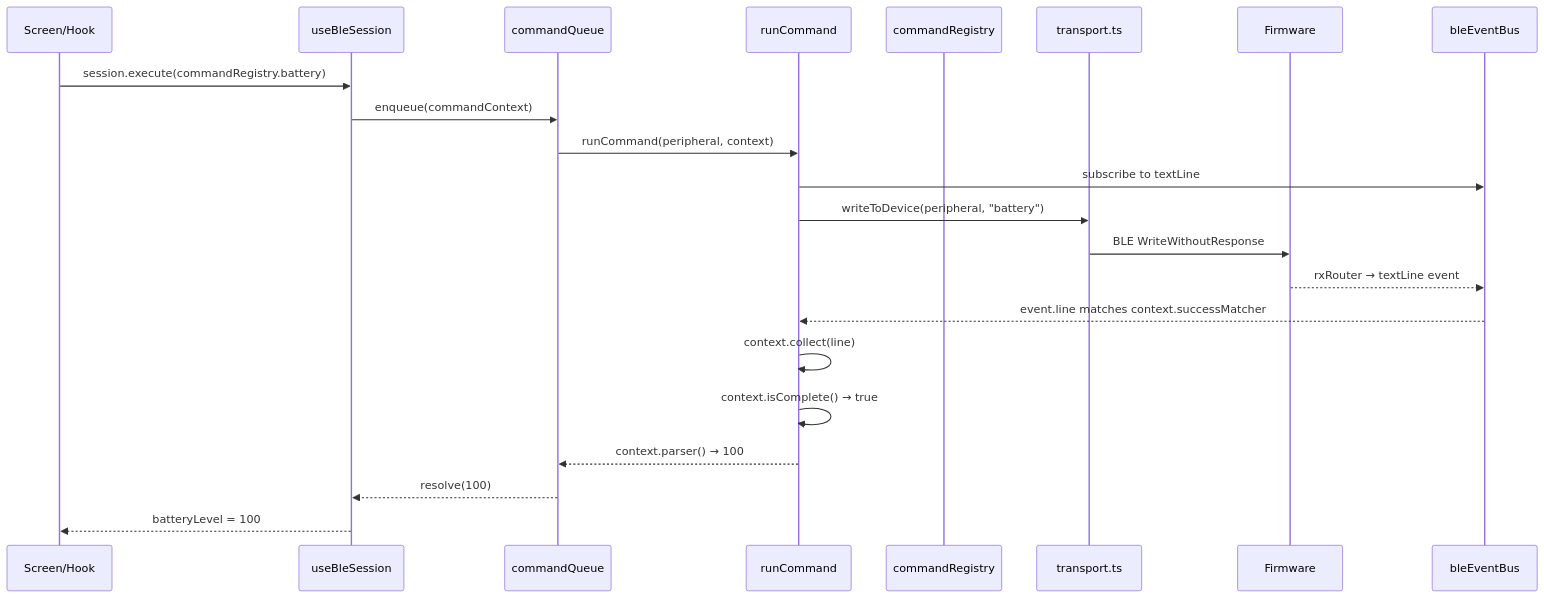
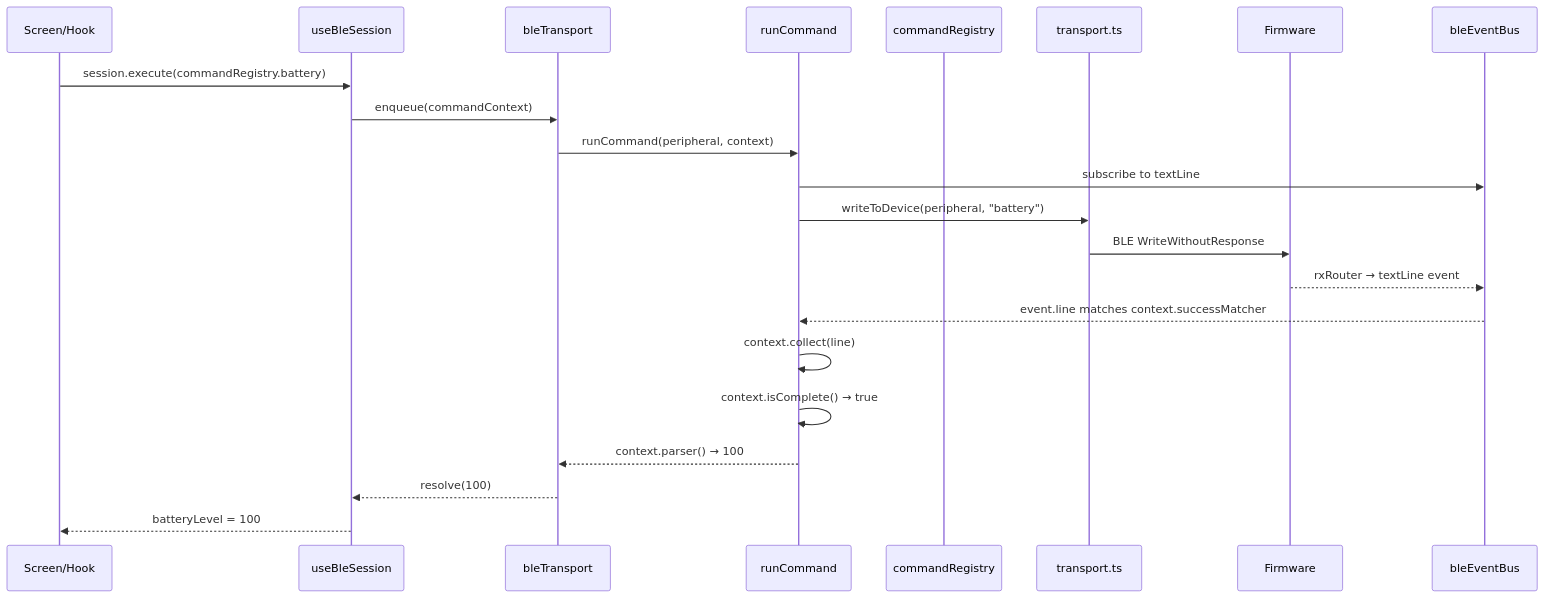
The second of 4 diagrams in documentation/resources/BLE_Architecture.md (wildlifeai/ww-mobile-app), drawn with Mermaid before and after one commit. The commit also changed other lines of this file and 17 other files, not shown here.

````diff
--- a/documentation/resources/BLE_Architecture.md
+++ b/documentation/resources/BLE_Architecture.md
@@ -99,25 +99,25 @@
 ```mermaid
 sequenceDiagram
     participant UI as Screen/Hook
     participant Sess as useBleSession
-    participant Queue as commandQueue
+    participant Queue as bleTransport
     participant Run as runCommand
     participant Reg as commandRegistry
     participant TX as transport.ts
     participant FW as Firmware
     participant Bus as bleEventBus
 
     UI->>Sess: session.execute(commandRegistry.battery)
     Sess->>Queue: enqueue(commandContext)
     Queue->>Run: runCommand(peripheral, context)
     Run->>Bus: subscribe to textLine
     Run->>TX: writeToDevice(peripheral, "battery")
     TX->>FW: BLE WriteWithoutResponse
     FW-->>Bus: rxRouter → textLine event
     Bus-->>Run: event.line matches context.successMatcher
     Run->>Run: context.collect(line)
     Run->>Run: context.isComplete() → true
     Run-->>Queue: context.parser() → 100
     Queue-->>Sess: resolve(100)
     Sess-->>UI: batteryLevel = 100
 ```
````
